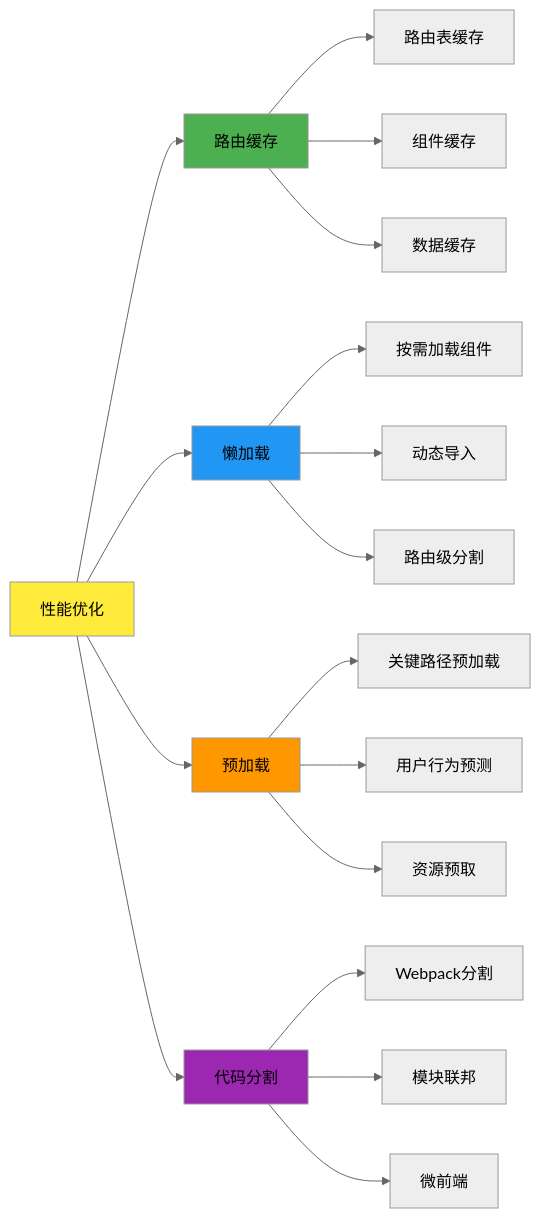
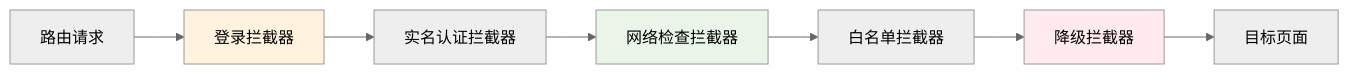
Before and after one commit to chongyang211/YCBookBlog: the fourth of 12 diagrams in 00.通用技术的提升/07.方案设计思想/卷三-通信与协议/15.路由库设计思想.md, drawn with Mermaid (neutral theme). The commit also changed other lines of this file and 44 other files, not shown here.

````diff
--- a/00.通用技术的提升/07.方案设计思想/卷三-通信与协议/15.路由库设计思想.md
+++ b/00.通用技术的提升/07.方案设计思想/卷三-通信与协议/15.路由库设计思想.md
@@ -992,29 +257,13 @@
 ```mermaid
-graph LR
-    A[性能优化] --> B[路由缓存]
-    A --> C[懒加载]
-    A --> D[预加载]
-    A --> E[代码分割]
+flowchart LR
+    Req[路由请求] --> I1[登录拦截器]
+    I1 --> I2[实名认证拦截器]
+    I2 --> I3[网络检查拦截器]
+    I3 --> I4[白名单拦截器]
+    I4 --> I5[降级拦截器]
+    I5 --> Target[目标页面]
     
-    B --> B1[路由表缓存]
-    B --> B2[组件缓存]
-    B --> B3[数据缓存]
-    
-    C --> C1[按需加载组件]
-    C --> C2[动态导入]
-    C --> C3[路由级分割]
-    
-    D --> D1[关键路径预加载]
-    D --> D2[用户行为预测]
-    D --> D3[资源预取]
-    
-    E --> E1[Webpack分割]
-    E --> E2[模块联邦]
-    E --> E3[微前端]
-    
-    style A fill:#ffeb3b
-    style B fill:#4caf50
-    style C fill:#2196f3
-    style D fill:#ff9800
-    style E fill:#9c27b0
+    style I1 fill:#fff3e0
+    style I3 fill:#e8f5e8
+    style I5 fill:#ffebee
 ```
````
